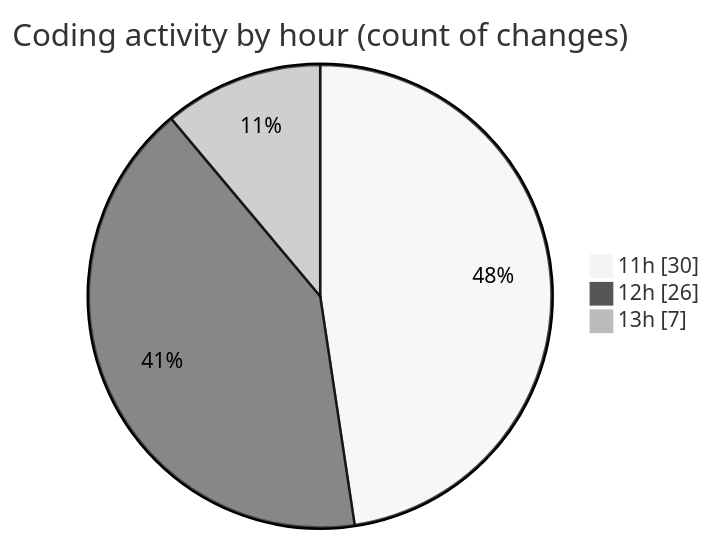
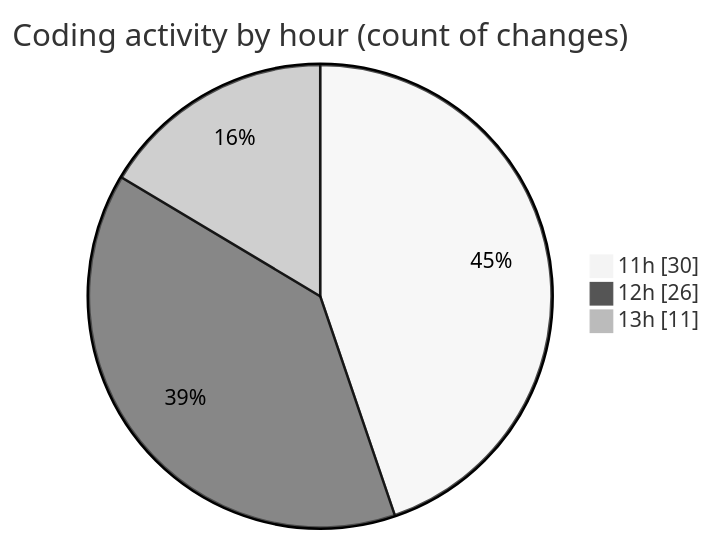
The second of 2 diagrams in 2025-08-25/studybuddy/README.md (lephambinh05/code-tracking), drawn with Mermaid (neutral theme) before and after one commit. The commit also changed other lines of this file and 1 other file, not shown here.

````diff
--- a/2025-08-25/studybuddy/README.md
+++ b/2025-08-25/studybuddy/README.md
@@ -58,7 +58,7 @@
 ```mermaid
 pie showData
 title Coding activity by hour (count of changes)
 "11h" : 30
 "12h" : 26
-"13h" : 7
+"13h" : 11
 ```
````
